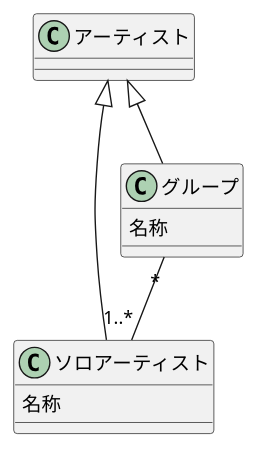
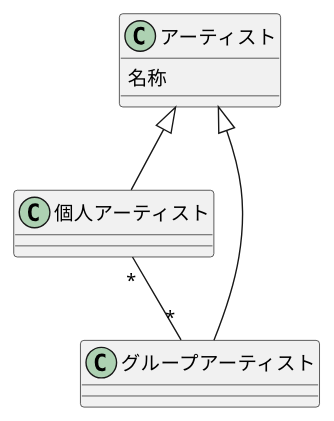
One commit to yinm/uml-modeling-lesson changed the diagram in ch05/excercise/5-3.puml. Above: the diagram before and after it, drawn with PlantUML. The commit also changed 1 other file, not shown here.

```diff
--- a/ch05/excercise/5-3.puml
+++ b/ch05/excercise/5-3.puml
@@ -1,18 +1,17 @@
 @startuml
 
 class アーティスト {
-}
-
-class ソロアーティスト {
   名称
 }
 
-class グループ {
-  名称
+class 個人アーティスト {
 }
 
-アーティスト <|-- ソロアーティスト
-アーティスト <|-- グループ
-グループ "*"--"1..*" ソロアーティスト
+class グループアーティスト {
+}
+
+アーティスト <|-- 個人アーティスト
+アーティスト <|-- グループアーティスト
+個人アーティスト "*"--"*" グループアーティスト
 
 @enduml
```
